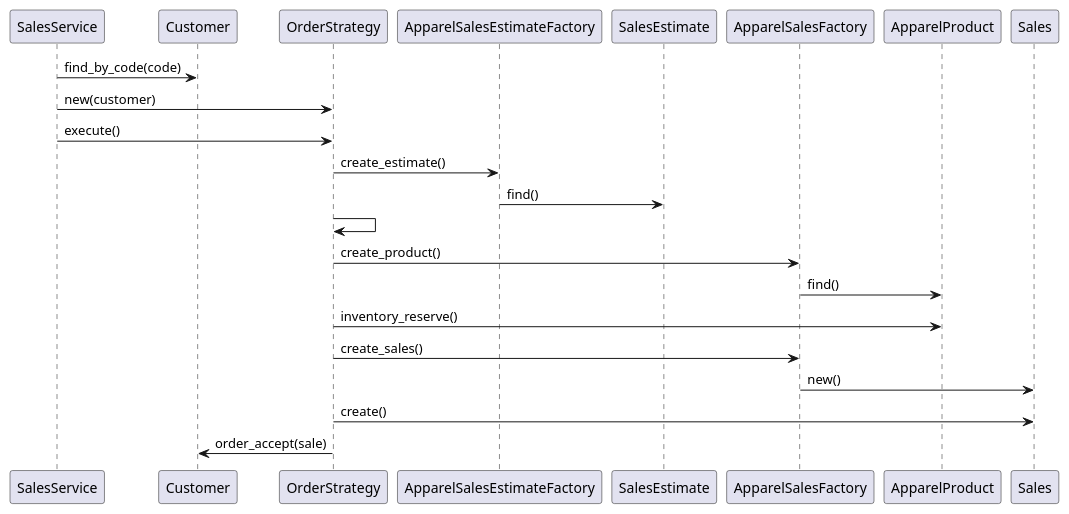
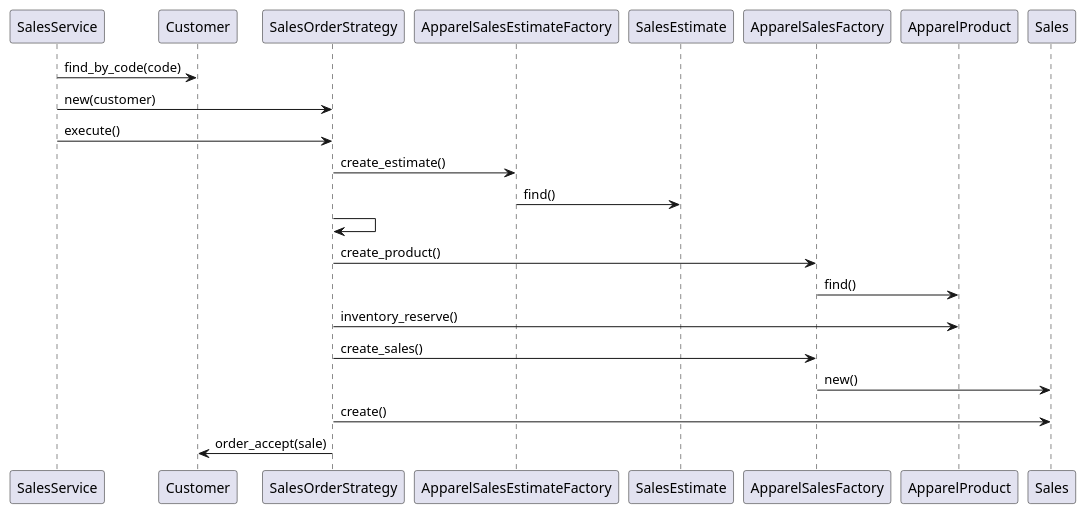
One commit to k2works/etude_for_rails changed the sixth of 7 diagrams in docs/dev/sales_modeling/sales.md. Above: the diagram before and after it, drawn with PlantUML. The commit also changed other lines of this file and 7 other files, not shown here.

````diff
--- a/docs/dev/sales_modeling/sales.md
+++ b/docs/dev/sales_modeling/sales.md
@@ -200,15 +193,15 @@
 ```puml
 SalesService -> Customer :find_by_code(code)
-SalesService -> OrderStrategy :new(customer)
-SalesService -> OrderStrategy :execute()
-OrderStrategy -> ApparelSalesEstimateFactory :create_estimate()
+SalesService -> SalesOrderStrategy :new(customer)
+SalesService -> SalesOrderStrategy :execute()
+SalesOrderStrategy -> ApparelSalesEstimateFactory :create_estimate()
 ApparelSalesEstimateFactory -> SalesEstimate :find()
-OrderStrategy -> OrderStrategy
-OrderStrategy -> ApparelSalesFactory :create_product()
+SalesOrderStrategy -> SalesOrderStrategy
+SalesOrderStrategy -> ApparelSalesFactory :create_product()
 ApparelSalesFactory -> ApparelProduct :find()
-OrderStrategy -> ApparelProduct :inventory_reserve()
-OrderStrategy -> ApparelSalesFactory :create_sales()
+SalesOrderStrategy -> ApparelProduct :inventory_reserve()
+SalesOrderStrategy -> ApparelSalesFactory :create_sales()
 ApparelSalesFactory -> Sales :new()
-OrderStrategy -> Sales :create()
-OrderStrategy -> Customer :order_accept(sale)
+SalesOrderStrategy -> Sales :create()
+SalesOrderStrategy -> Customer :order_accept(sale)
 ```
````
